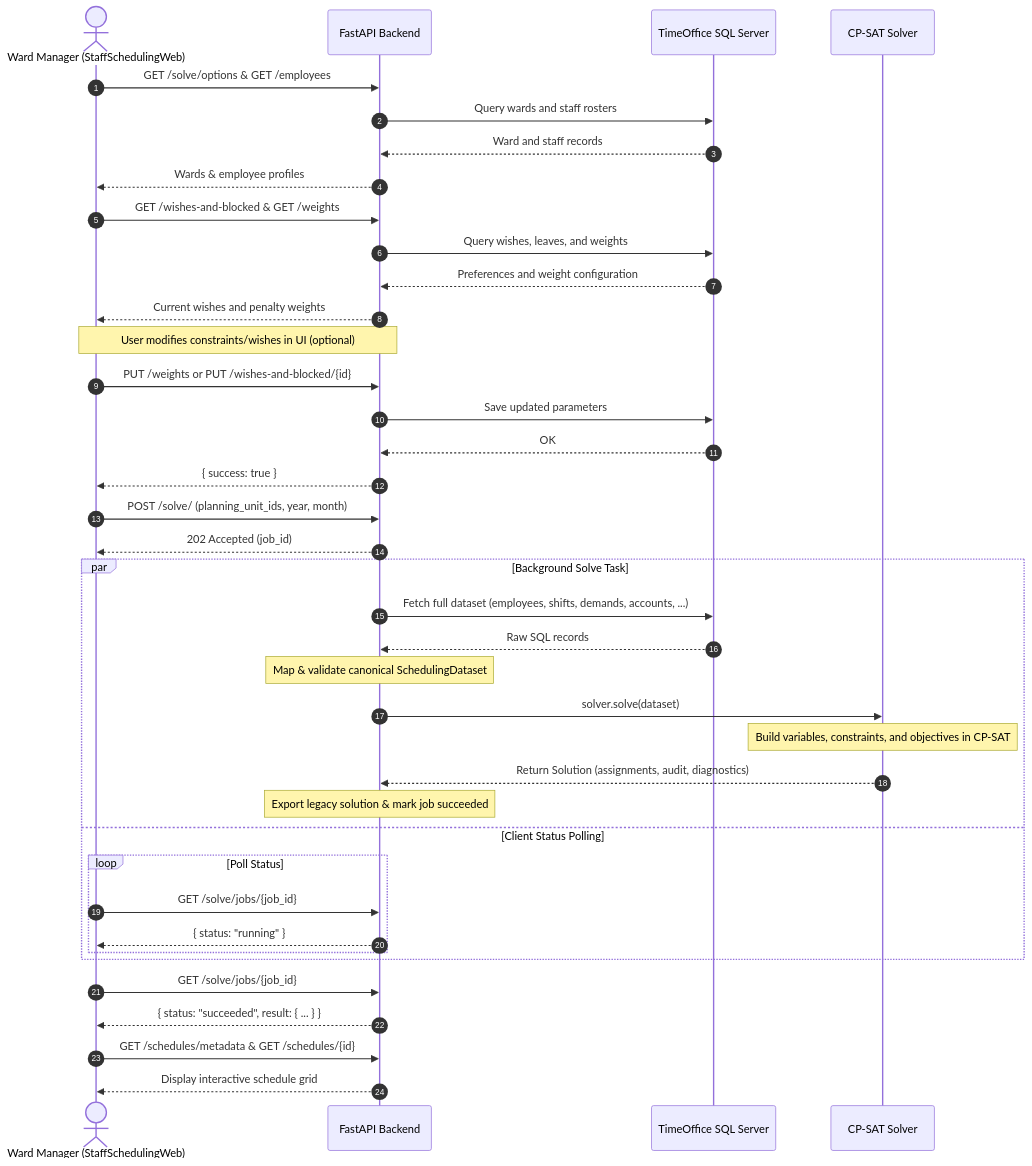
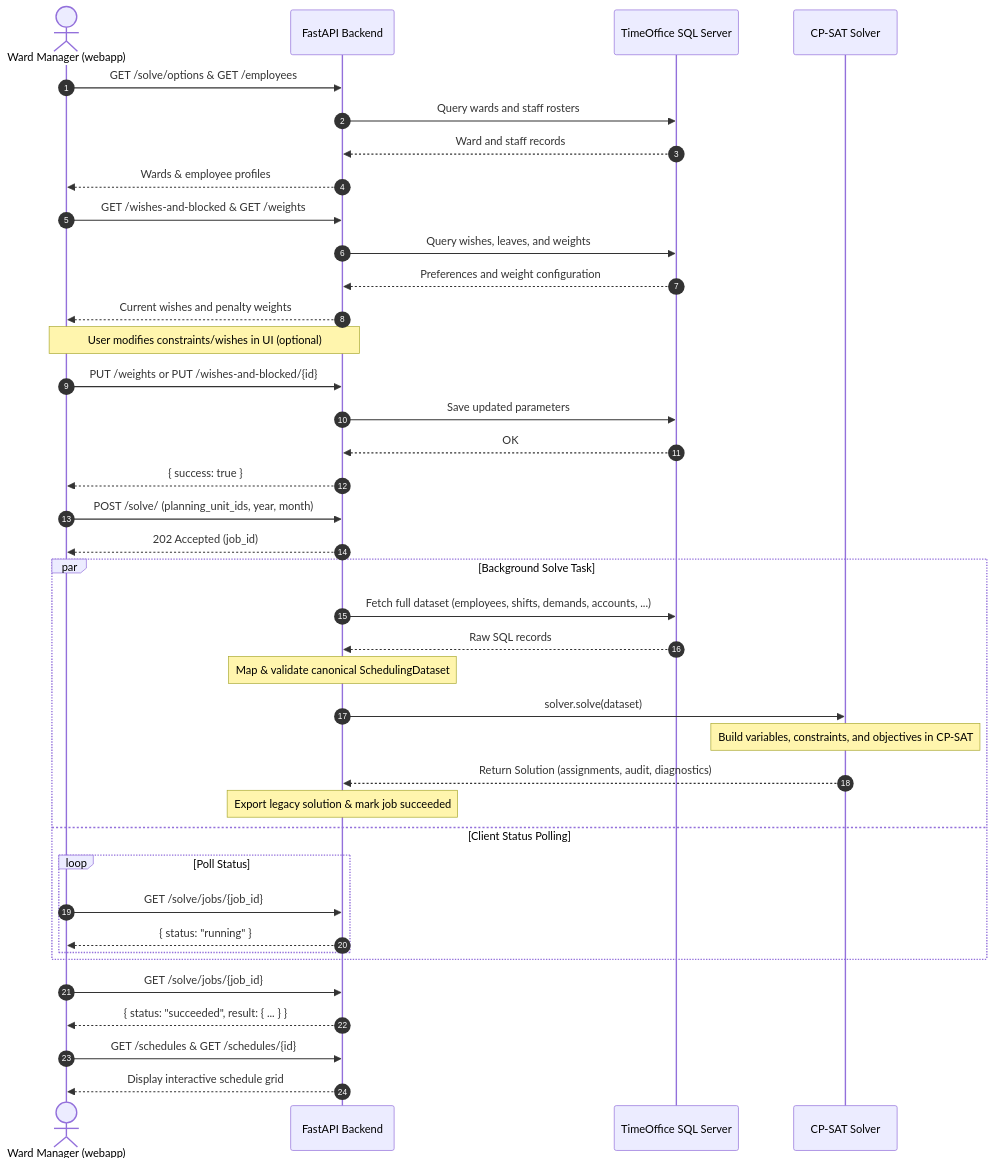
The diagram in docs/developer-view/codebase-overview.md (CombiRWTH/StaffScheduling), drawn with Mermaid before and after one commit. The commit also changed other lines of this file and 845 other files, not shown here.

````diff
--- a/docs/developer-view/codebase-overview.md
+++ b/docs/developer-view/codebase-overview.md
@@ -11,48 +11,48 @@
 ```mermaid
 sequenceDiagram
     autonumber
-    actor User as Ward Manager (StaffSchedulingWeb)
+    actor User as Ward Manager (webapp)
     participant API as FastAPI Backend
     participant DB as TimeOffice SQL Server
     participant Solver as CP-SAT Solver
 
     User->>API: GET /solve/options & GET /employees
     API->>DB: Query wards and staff rosters
     DB-->>API: Ward and staff records
     API-->>User: Wards & employee profiles
 
     User->>API: GET /wishes-and-blocked & GET /weights
     API->>DB: Query wishes, leaves, and weights
     DB-->>API: Preferences and weight configuration
     API-->>User: Current wishes and penalty weights
 
     Note over User,API: User modifies constraints/wishes in UI (optional)
     User->>API: PUT /weights or PUT /wishes-and-blocked/{id}
     API->>DB: Save updated parameters
     DB-->>API: OK
     API-->>User: { success: true }
 
     User->>API: POST /solve/ (planning_unit_ids, year, month)
     API-->>User: 202 Accepted (job_id)
 
     par Background Solve Task
         API->>DB: Fetch full dataset (employees, shifts, demands, accounts, ...)
         DB-->>API: Raw SQL records
         Note over API: Map & validate canonical SchedulingDataset
         API->>Solver: solver.solve(dataset)
         Note over Solver: Build variables, constraints, and objectives in CP-SAT
         Solver-->>API: Return Solution (assignments, audit, diagnostics)
         Note over API: Export legacy solution & mark job succeeded
     and Client Status Polling
         loop Poll Status
             User->>API: GET /solve/jobs/{job_id}
             API-->>User: { status: "running" }
         end
     end
 
     User->>API: GET /solve/jobs/{job_id}
     API-->>User: { status: "succeeded", result: { ... } }
 
-    User->>API: GET /schedules/metadata & GET /schedules/{id}
+    User->>API: GET /schedules & GET /schedules/{id}
     API-->>User: Display interactive schedule grid
 ```
````
